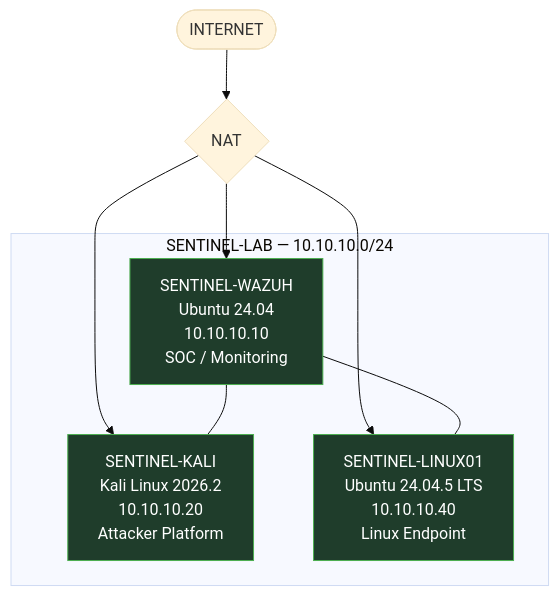
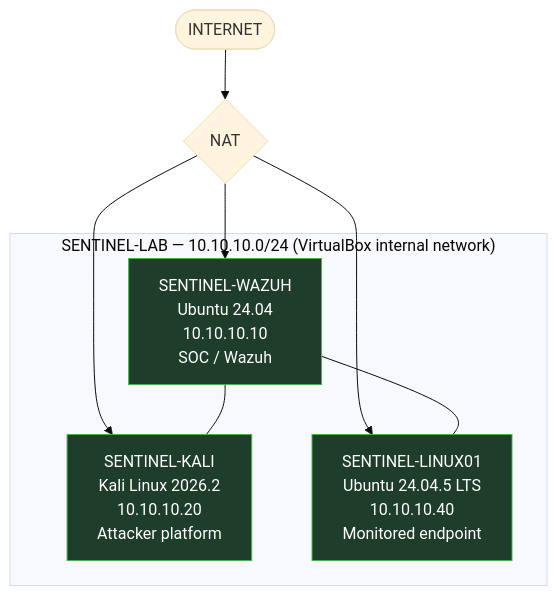
One commit to andyydz/sentinel-soc-lab changed the second of 4 diagrams in docs/03-architecture.md. Above: the diagram before and after it, drawn with Mermaid (base theme). The commit also changed other lines of this file, not shown here.

````diff
--- a/docs/03-architecture.md
+++ b/docs/03-architecture.md
@@ -41,21 +50,21 @@
 ```mermaid
 flowchart TB
     INET([INTERNET])
     NAT{NAT}
     INET --> NAT
 
-    subgraph LAB["SENTINEL-LAB — 10.10.10.0/24"]
-        WAZUH["SENTINEL-WAZUH<br/>Ubuntu 24.04<br/>10.10.10.10<br/>SOC / Monitoring"]
-        KALI["SENTINEL-KALI<br/>Kali Linux 2026.2<br/>10.10.10.20<br/>Attacker Platform"]
-        LINUX["SENTINEL-LINUX01<br/>Ubuntu 24.04.5 LTS<br/>10.10.10.40<br/>Linux Endpoint"]
+    subgraph LAB["SENTINEL-LAB — 10.10.10.0/24 (VirtualBox internal network)"]
+        WAZUH["SENTINEL-WAZUH<br/>Ubuntu 24.04<br/>10.10.10.10<br/>SOC / Wazuh"]
+        KALI["SENTINEL-KALI<br/>Kali Linux 2026.2<br/>10.10.10.20<br/>Attacker platform"]
+        LINUX["SENTINEL-LINUX01<br/>Ubuntu 24.04.5 LTS<br/>10.10.10.40<br/>Monitored endpoint"]
     end
 
     NAT --> WAZUH
     NAT --> KALI
     NAT --> LINUX
     WAZUH --- KALI
     WAZUH --- LINUX
 
     classDef operational fill:#1f3d2b,stroke:#4caf50,color:#fff;
     class WAZUH,KALI,LINUX operational
 ```
````
